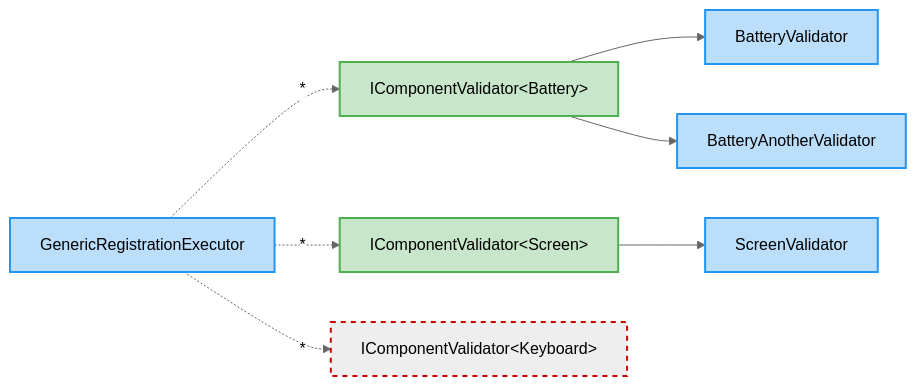
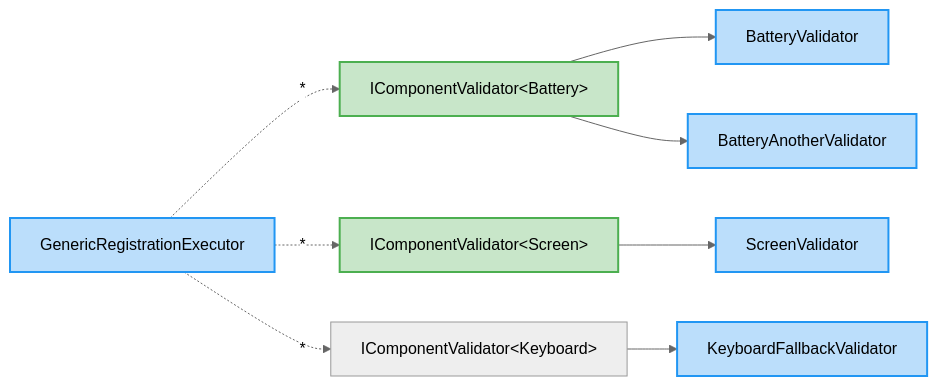
The diagram in examples/Qudi.Example.Readme/exported/GenericRegistrationExecutor.md (arika0093/Qudi), drawn with Mermaid (neutral theme) before and after one commit. The commit also changed 4 other files, not shown here.

Commit message:
Adjust container open-generic fallback materialization

````diff
--- a/examples/Qudi.Example.Readme/exported/GenericRegistrationExecutor.md
+++ b/examples/Qudi.Example.Readme/exported/GenericRegistrationExecutor.md
@@ -1,27 +1,28 @@
 ```mermaid
 flowchart LR
     Qudi_Examples_GenericRegistration_GenericRegistrationExecutor["GenericRegistrationExecutor"]
     Qudi_Examples_GenericRegistration_IComponentValidator_Qudi_Examples_GenericRegistration_Battery_["IComponentValidator#lt;Battery#gt;"]
     Qudi_Examples_GenericRegistration_IComponentValidator_Qudi_Examples_GenericRegistration_Screen_["IComponentValidator#lt;Screen#gt;"]
     Qudi_Examples_GenericRegistration_IComponentValidator_Qudi_Examples_GenericRegistration_Keyboard_["IComponentValidator#lt;Keyboard#gt;"]
     Qudi_Examples_GenericRegistration_BatteryValidator["BatteryValidator"]
     Qudi_Examples_GenericRegistration_BatteryAnotherValidator["BatteryAnotherValidator"]
     Qudi_Examples_GenericRegistration_ScreenValidator["ScreenValidator"]
+    Qudi_Examples_GenericRegistration_KeyboardFallbackValidator["KeyboardFallbackValidator"]
     Qudi_Examples_GenericRegistration_GenericRegistrationExecutor -.->|"*"| Qudi_Examples_GenericRegistration_IComponentValidator_Qudi_Examples_GenericRegistration_Battery_
     Qudi_Examples_GenericRegistration_GenericRegistrationExecutor -.->|"*"| Qudi_Examples_GenericRegistration_IComponentValidator_Qudi_Examples_GenericRegistration_Screen_
     Qudi_Examples_GenericRegistration_GenericRegistrationExecutor -.->|"*"| Qudi_Examples_GenericRegistration_IComponentValidator_Qudi_Examples_GenericRegistration_Keyboard_
     Qudi_Examples_GenericRegistration_IComponentValidator_Qudi_Examples_GenericRegistration_Battery_ --> Qudi_Examples_GenericRegistration_BatteryValidator
     Qudi_Examples_GenericRegistration_IComponentValidator_Qudi_Examples_GenericRegistration_Battery_ --> Qudi_Examples_GenericRegistration_BatteryAnotherValidator
     Qudi_Examples_GenericRegistration_IComponentValidator_Qudi_Examples_GenericRegistration_Screen_ --> Qudi_Examples_GenericRegistration_ScreenValidator
-    classDef missing stroke:#c00,stroke-width:2px,stroke-dasharray:5 5;
-    class Qudi_Examples_GenericRegistration_IComponentValidator_Qudi_Examples_GenericRegistration_Keyboard_ missing;
+    Qudi_Examples_GenericRegistration_IComponentValidator_Qudi_Examples_GenericRegistration_Keyboard_ --> Qudi_Examples_GenericRegistration_KeyboardFallbackValidator
     classDef interface fill:#c8e6c9,stroke:#4caf50,stroke-width:2px,color:#000;
     class Qudi_Examples_GenericRegistration_IComponentValidator_Qudi_Examples_GenericRegistration_Battery_ interface;
     class Qudi_Examples_GenericRegistration_IComponentValidator_Qudi_Examples_GenericRegistration_Screen_ interface;
     classDef cls fill:#bbdefb,stroke:#2196f3,stroke-width:2px,color:#000;
     class Qudi_Examples_GenericRegistration_GenericRegistrationExecutor cls;
     class Qudi_Examples_GenericRegistration_BatteryValidator cls;
     class Qudi_Examples_GenericRegistration_BatteryAnotherValidator cls;
     class Qudi_Examples_GenericRegistration_ScreenValidator cls;
+    class Qudi_Examples_GenericRegistration_KeyboardFallbackValidator cls;
 
 ```
````
